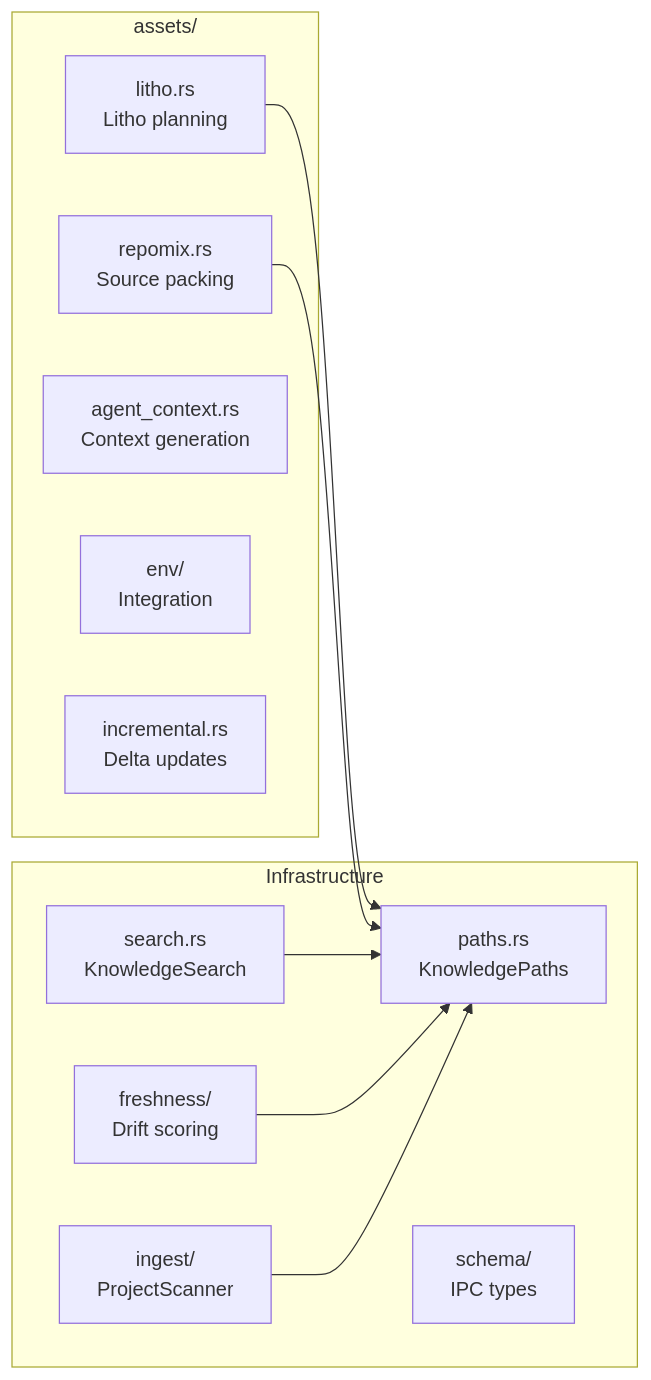
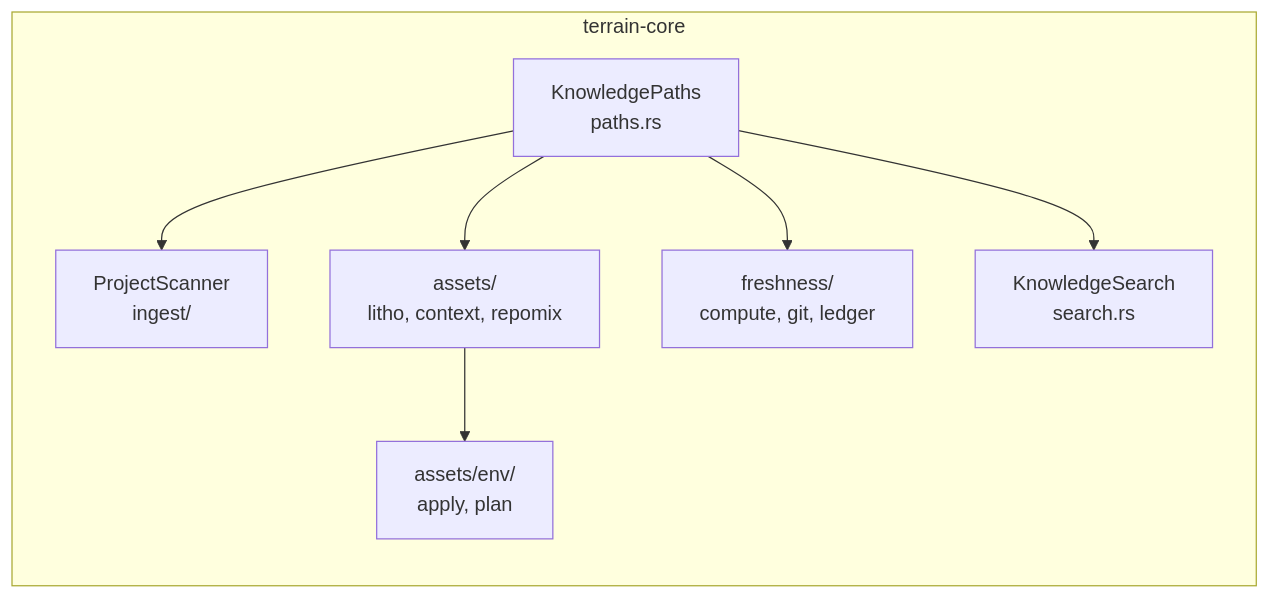
Before and after one commit to sopaco/terrain: the third of 6 diagrams in .terrain/human/2.Architecture.md, drawn with Mermaid. The commit also changed other lines of this file and 12 other files, not shown here.

Commit message:
update terrain assets

````diff
--- a/.terrain/human/2.Architecture.md
+++ b/.terrain/human/2.Architecture.md
@@ -128,24 +127,16 @@
 ```mermaid
 graph LR
-    subgraph assets["assets/"]
-        Litho["litho.rs<br/>Litho planning"]
-        Repomix["repomix.rs<br/>Source packing"]
-        CtxGen["agent_context.rs<br/>Context generation"]
-        Env["env/<br/>Integration"]
-        Incr["incremental.rs<br/>Delta updates"]
+    subgraph core ["terrain-core"]
+        Paths["KnowledgePaths<br/>paths.rs"]
+        Ingest["ProjectScanner<br/>ingest/"]
+        Assets["assets/<br/>litho, context, repomix"]
+        Fresh["freshness/<br/>compute, git, ledger"]
+        Search["KnowledgeSearch<br/>search.rs"]
+        Env["assets/env/<br/>apply, plan"]
     end
-
-    subgraph infra["Infrastructure"]
-        Paths["paths.rs<br/>KnowledgePaths"]
-        Search["search.rs<br/>KnowledgeSearch"]
-        Fresh["freshness/<br/>Drift scoring"]
-        Ingest["ingest/<br/>ProjectScanner"]
-        Schema["schema/<br/>IPC types"]
-    end
-
-  Litho --> Paths
-    Repomix --> Paths
-    Search --> Paths
-    Fresh --> Paths
-    Ingest --> Paths
+    Paths --> Ingest
+    Paths --> Assets
+    Paths --> Fresh
+    Paths --> Search
+    Assets --> Env
 ```
````
